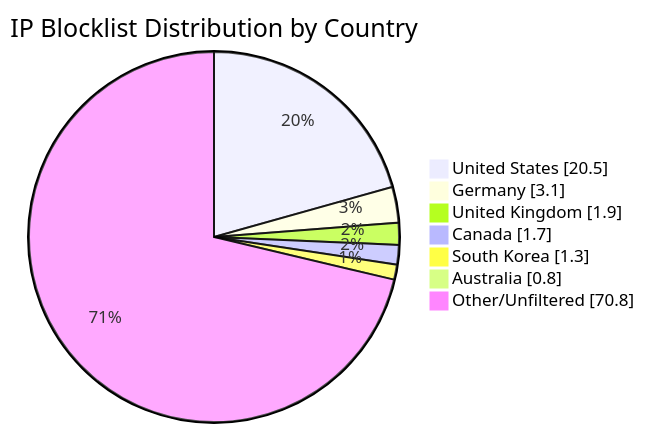
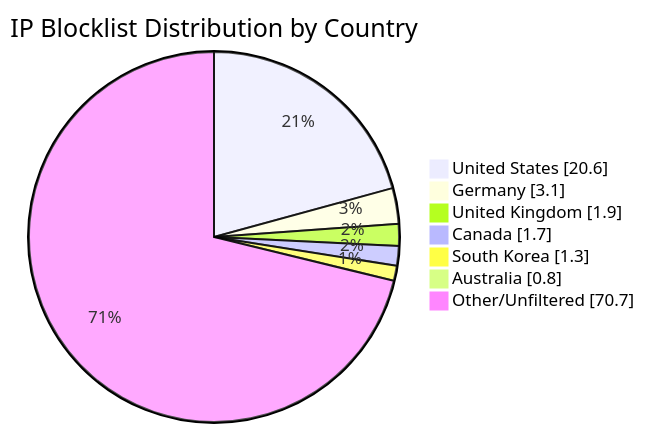
The diagram in README.md (MarcusHoltz/ipblocklist-geofiltered-aggregator), drawn with Mermaid before and after one commit. The commit also changed other lines of this file and 9 other files, not shown here.

````diff
--- a/README.md
+++ b/README.md
@@ -34,10 +34,10 @@
 ```mermaid
 pie showData title IP Blocklist Distribution by Country
-"United States" : 20.5
+"United States" : 20.6
 "Germany" : 3.1
 "United Kingdom" : 1.9
 "Canada" : 1.7
 "South Korea" : 1.3
 "Australia" : 0.8
-"Other/Unfiltered" : 70.8
+"Other/Unfiltered" : 70.7
 ```
````
